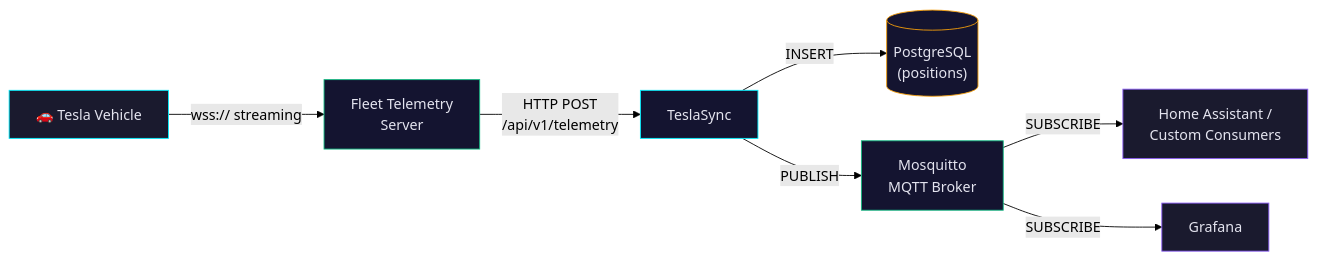
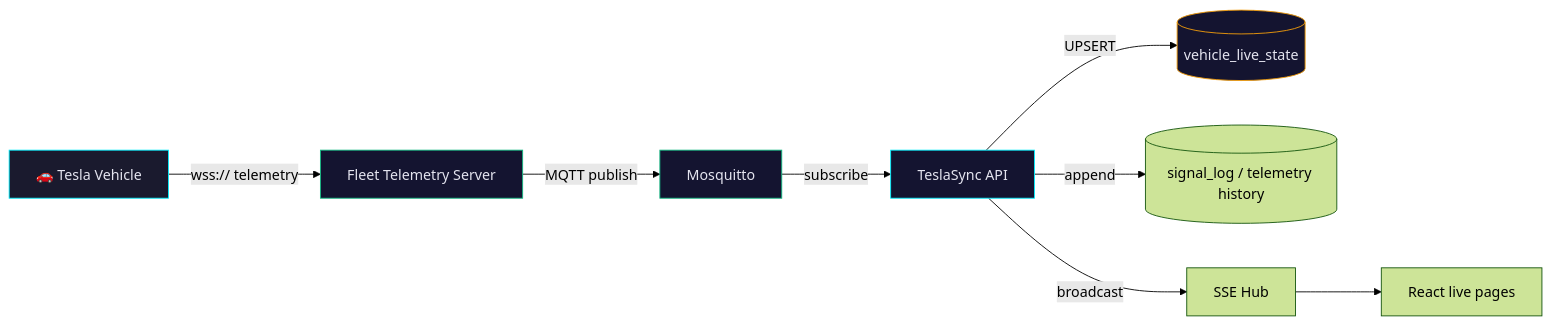
The first of 2 diagrams in docs/guide/fleet-telemetry.md (ev-dev-labs/teslasync), drawn with Mermaid (forest theme) before and after one commit. The commit also changed other lines of this file and 36 other files, not shown here.

````diff
--- a/docs/guide/fleet-telemetry.md
+++ b/docs/guide/fleet-telemetry.md
@@ -31,17 +20,16 @@
 ```mermaid
 graph LR
-    V["🚗 Tesla Vehicle"] -->|"wss:// streaming"| FT["Fleet Telemetry<br/>Server"]
-    FT -->|"HTTP POST<br/>/api/v1/telemetry"| TS["TeslaSync"]
-    TS -->|"INSERT"| DB[("PostgreSQL<br/>(positions)")]
-    TS -->|"PUBLISH"| MQ["Mosquitto<br/>MQTT Broker"]
-    MQ -->|"SUBSCRIBE"| HA["Home Assistant /<br/>Custom Consumers"]
-    MQ -->|"SUBSCRIBE"| GF["Grafana"]
+    V["🚗 Tesla Vehicle"] -->|"wss:// telemetry"| FT["Fleet Telemetry Server"]
+    FT -->|"MQTT publish"| MQ["Mosquitto"]
+    MQ -->|"subscribe"| TS["TeslaSync API"]
+    TS -->|"UPSERT"| Live[(vehicle_live_state)]
+    TS -->|"append"| History[(signal_log / telemetry history)]
+    TS -->|"broadcast"| SSE["SSE Hub"]
+    SSE --> UI["React live pages"]
 
     style V fill:#1a1a2e,stroke:#00f0ff,color:#e4e4ef
     style FT fill:#141430,stroke:#10b981,color:#e4e4ef
     style TS fill:#141430,stroke:#00f0ff,color:#e4e4ef
-    style DB fill:#141430,stroke:#f59e0b,color:#e4e4ef
+    style Live fill:#141430,stroke:#f59e0b,color:#e4e4ef
     style MQ fill:#141430,stroke:#10b981,color:#e4e4ef
-    style HA fill:#1a1a2e,stroke:#8b5cf6,color:#e4e4ef
-    style GF fill:#1a1a2e,stroke:#8b5cf6,color:#e4e4ef
 ```
````
